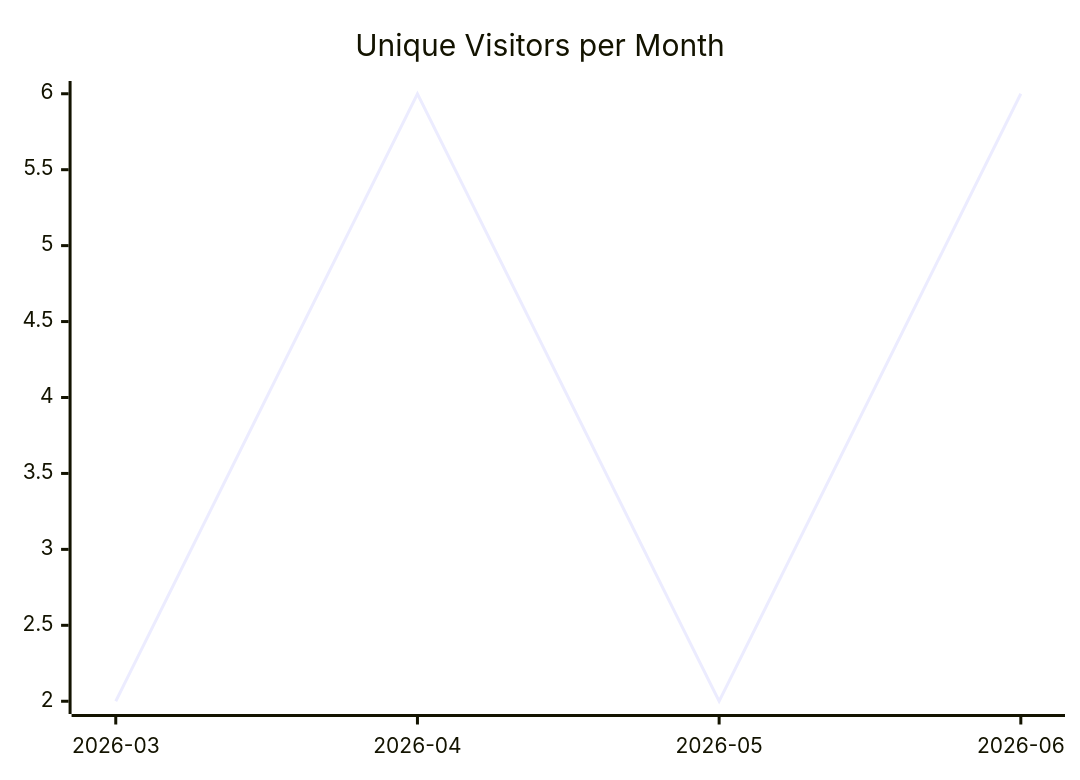
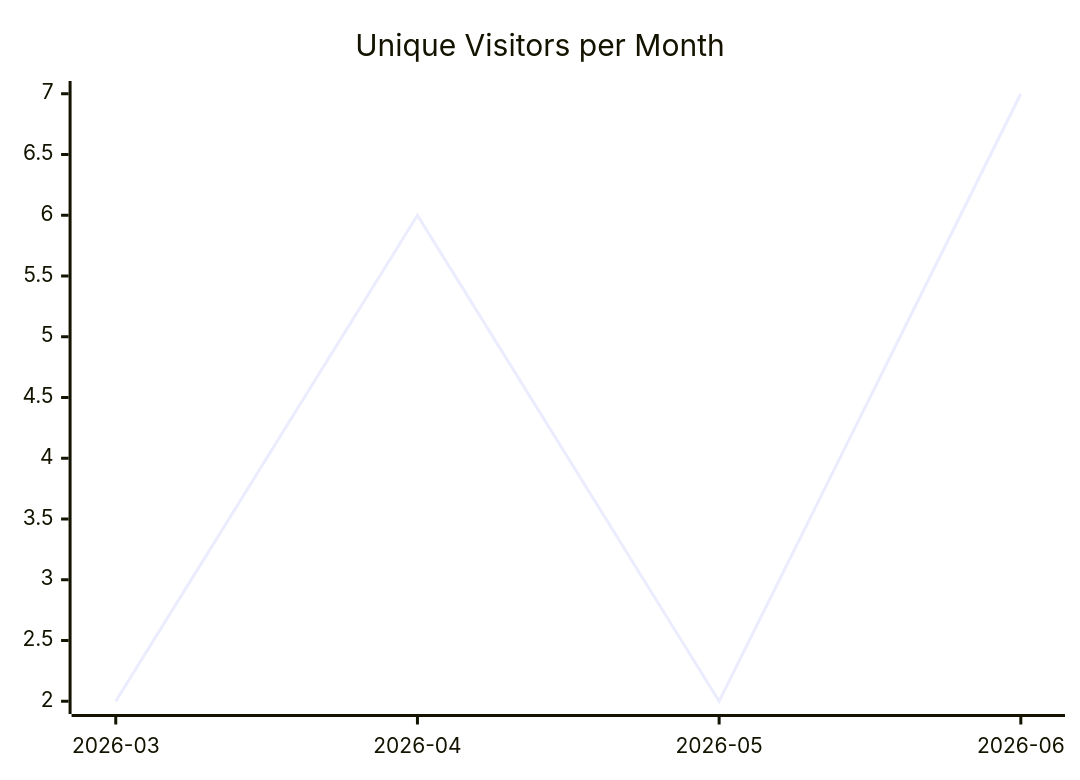
The first of 3 diagrams in karlmdavis/fhir-benchmarks/README.md (justdavis-family/github-analytics-data), drawn with Mermaid before and after one commit. The commit also changed other lines of this file and 195 other files, not shown here.

````diff
--- a/karlmdavis/fhir-benchmarks/README.md
+++ b/karlmdavis/fhir-benchmarks/README.md
@@ -5,6 +5,6 @@
 ```mermaid
 xychart-beta
   title "Unique Visitors per Month"
   x-axis ["2026-03", "2026-04", "2026-05", "2026-06"]
-  line [2, 6, 2, 6]
+  line [2, 6, 2, 7]
 ```
````
